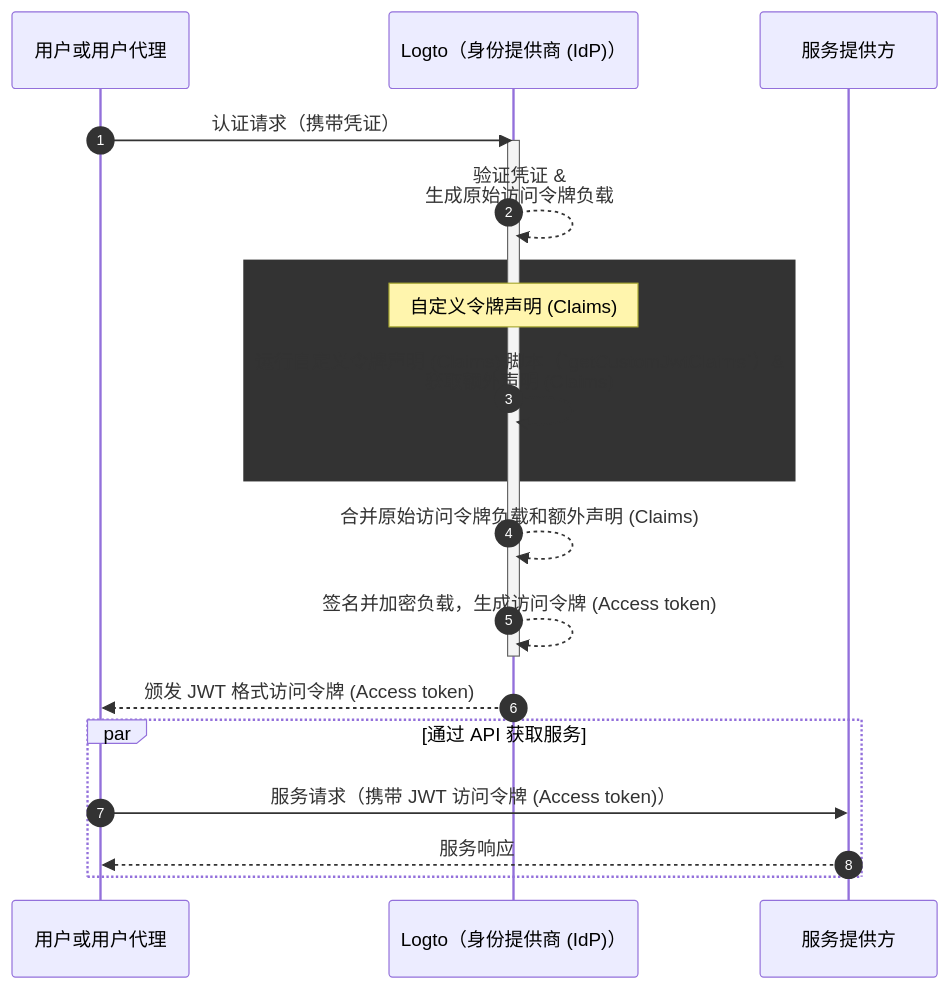
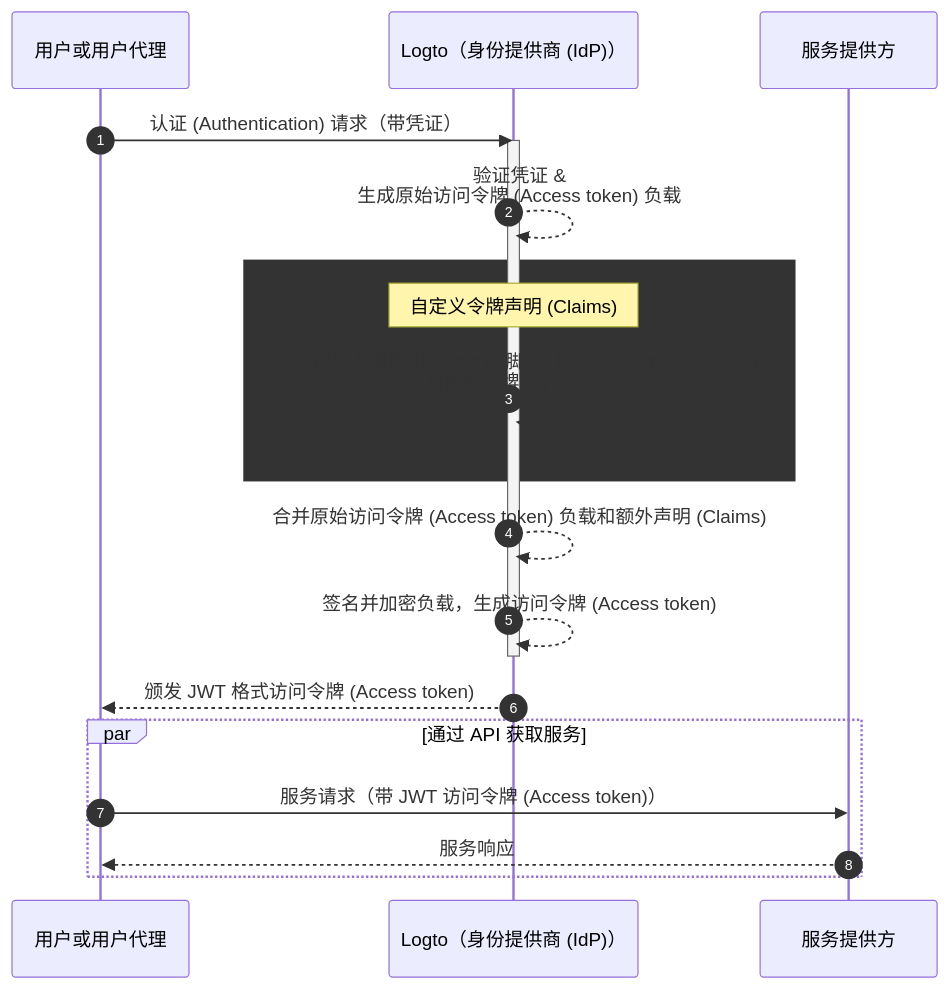
Before and after one commit to logto-io/docs: the diagram in i18n/zh-CN/docusaurus-plugin-content-docs/current/developers/custom-token-claims/README.mdx, drawn with Mermaid. The commit also changed other lines of this file and 17 other files, not shown here.

````diff
--- a/i18n/zh-CN/docusaurus-plugin-content-docs/current/developers/custom-token-claims/README.mdx
+++ b/i18n/zh-CN/docusaurus-plugin-content-docs/current/developers/custom-token-claims/README.mdx
@@ -26,23 +26,23 @@
 ```mermaid
 sequenceDiagram
   participant U as 用户或用户代理
   participant IdP as Logto（身份提供商 (IdP)）
   participant SP as 服务提供方
 
   autonumber
-  U ->> IdP: 认证请求（携带凭证）
+  U ->> IdP: 认证 (Authentication) 请求（带凭证）
   activate IdP
-  IdP-->>IdP: 验证凭证 &<br/>生成原始访问令牌负载
+  IdP-->>IdP: 验证凭证 &<br/>生成原始访问令牌 (Access token) 负载
   rect var(--mermaid-rect-fill)
   note over IdP: 自定义令牌声明 (Claims)
-  IdP->>IdP: 运行自定义令牌声明 (Claims) 脚本（`getCustomJwtClaims`）&<br/>获取额外声明 (Claims)
+  IdP->>IdP: 运行自定义令牌声明 (Claims) 脚本（`getCustomJwtClaims`）&<br/>获取额外令牌声明 (Claims)
   end
-  IdP-->>IdP: 合并原始访问令牌负载和额外声明 (Claims)
+  IdP-->>IdP: 合并原始访问令牌 (Access token) 负载和额外声明 (Claims)
   IdP-->>IdP: 签名并加密负载，生成访问令牌 (Access token)
   deactivate IdP
   IdP-->>U: 颁发 JWT 格式访问令牌 (Access token)
   par 通过 API 获取服务
-  U->>SP: 服务请求（携带 JWT 访问令牌 (Access token)）
+  U->>SP: 服务请求（带 JWT 访问令牌 (Access token)）
   SP-->>U: 服务响应
   end
 ```
````
